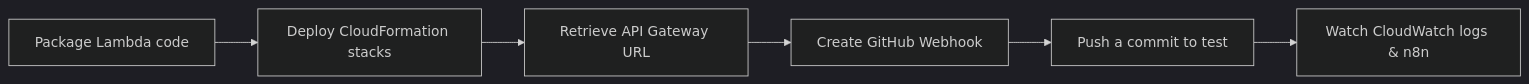
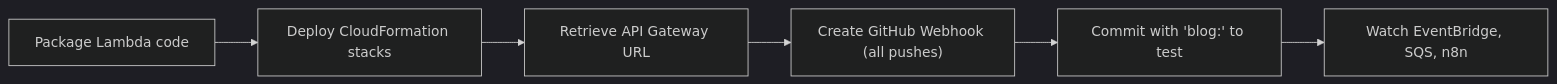
One commit to teddynted/ai-github-repository-blog-generator changed the third of 3 diagrams in README.md. Above: the diagram before and after it, drawn with Mermaid (dark theme). The commit also changed other lines of this file and 12 other files, not shown here.

````diff
--- a/README.md
+++ b/README.md
@@ -352,8 +392,8 @@
 ```mermaid
 flowchart LR
     A["Package Lambda code"] --> B["Deploy CloudFormation stacks"]
     B --> C["Retrieve API Gateway URL"]
-    C --> D["Create GitHub Webhook"]
-    D --> E["Push a commit to test"]
-    E --> F["Watch CloudWatch logs & n8n"]
+    C --> D["Create GitHub Webhook (all pushes)"]
+    D --> E["Commit with 'blog:' to test"]
+    E --> F["Watch EventBridge, SQS, n8n"]
 ```
````
